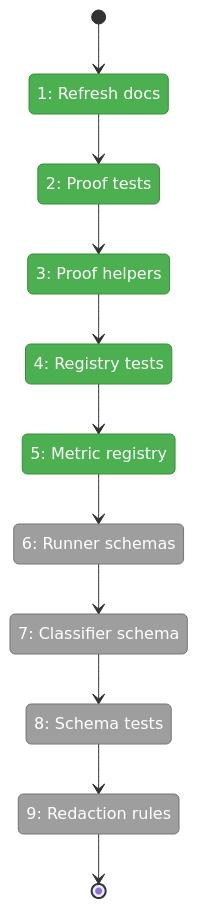
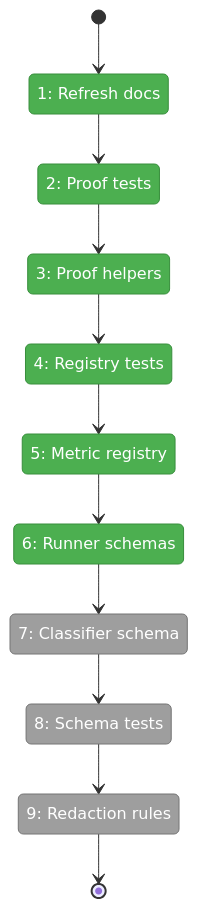
The first of 2 diagrams in docs/plans/020-minih-harness-measurement/tasks/phase-1-measurement-domain-contracts/tasks.fltplan.md (AI-Substrate/minih), drawn with Mermaid before and after one commit. The commit also changed other lines of this file and 10 other files, not shown here.

Commit message:
feat: add measurement schema contracts

````diff
--- a/docs/plans/020-minih-harness-measurement/tasks/phase-1-measurement-domain-contracts/tasks.fltplan.md
+++ b/docs/plans/020-minih-harness-measurement/tasks/phase-1-measurement-domain-contracts/tasks.fltplan.md
@@ -44,35 +44,36 @@
 ```mermaid
 stateDiagram-v2
     classDef pending fill:#9E9E9E,stroke:#757575,color:#fff
     classDef active fill:#FFC107,stroke:#FFA000,color:#000
     classDef done fill:#4CAF50,stroke:#388E3C,color:#fff
     classDef blocked fill:#F44336,stroke:#D32F2F,color:#fff
 
     state "1: Refresh docs" as S1
     state "2: Proof tests" as S2
     state "3: Proof helpers" as S3
     state "4: Registry tests" as S4
     state "5: Metric registry" as S5
     state "6: Runner schemas" as S6
     state "7: Classifier schema" as S7
     state "8: Schema tests" as S8
     state "9: Redaction rules" as S9
 
     [*] --> S1
     S1 --> S2
     S2 --> S3
     S3 --> S4
     S4 --> S5
     S5 --> S6
     S6 --> S7
     S7 --> S8
     S8 --> S9
     S9 --> [*]
 
     class S1 done
     class S2 done
     class S3 done
     class S4 done
     class S5 done
-    class S6,S7,S8,S9 pending
+    class S6 done
+    class S7,S8,S9 pending
 ```
````
